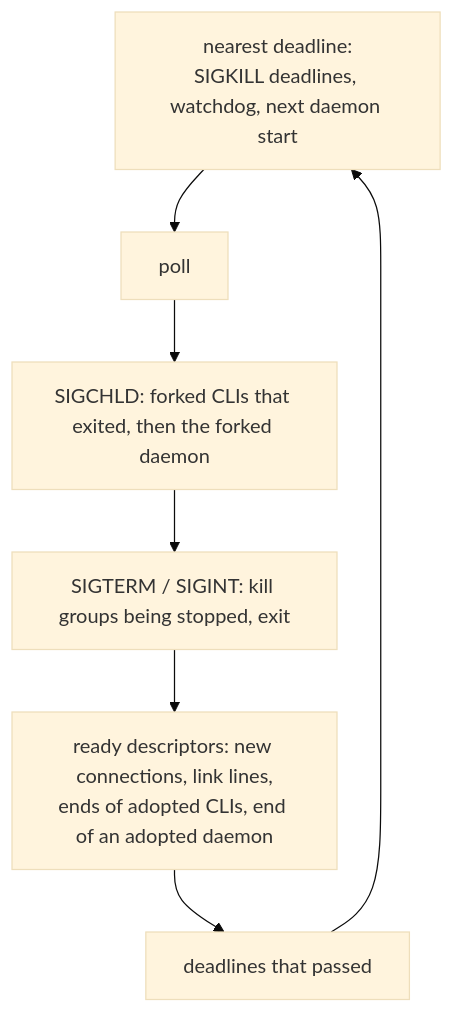
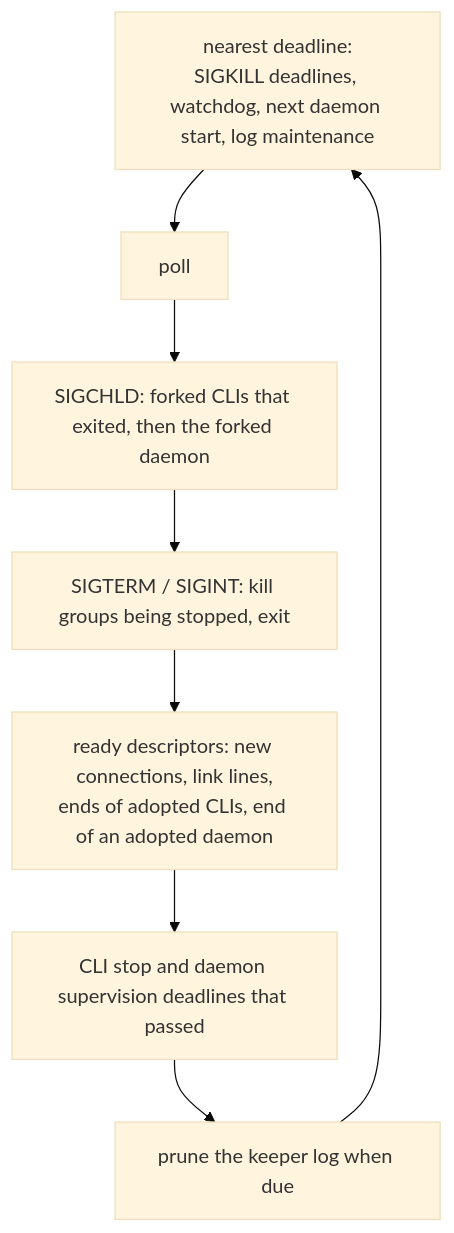
One commit to y5ez3g/facadecode changed the diagram in docs/core/islands/keeper.md. Above: the diagram before and after it, drawn with Mermaid (base theme). The commit also changed other lines of this file and 3 other files, not shown here.

First line of the commit message:
keeper: retain the last 30 days of its service log

````diff
--- a/docs/core/islands/keeper.md
+++ b/docs/core/islands/keeper.md
@@ -135,9 +136,10 @@
 ```mermaid
 flowchart TD
-    D[nearest deadline:<br/>SIGKILL deadlines, watchdog, next daemon start] --> P[poll]
+    D[nearest deadline:<br/>SIGKILL deadlines, watchdog, next daemon start, log maintenance] --> P[poll]
     P --> C[SIGCHLD: forked CLIs that exited, then the forked daemon]
     C --> T[SIGTERM / SIGINT: kill groups being stopped, exit]
     T --> R[ready descriptors: new connections, link lines,<br/>ends of adopted CLIs, end of an adopted daemon]
-    R --> X[deadlines that passed]
-    X --> D
+    R --> X[CLI stop and daemon supervision deadlines that passed]
+    X --> L[prune the keeper log when due]
+    L --> D
 ```
````
